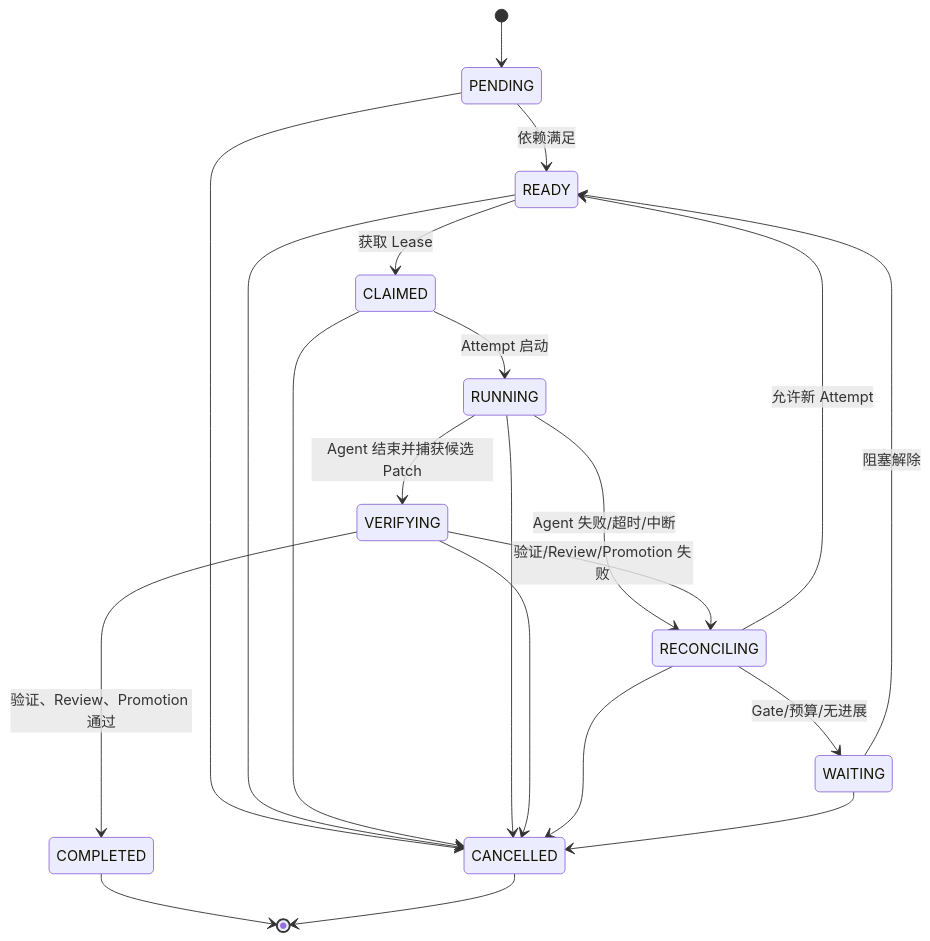
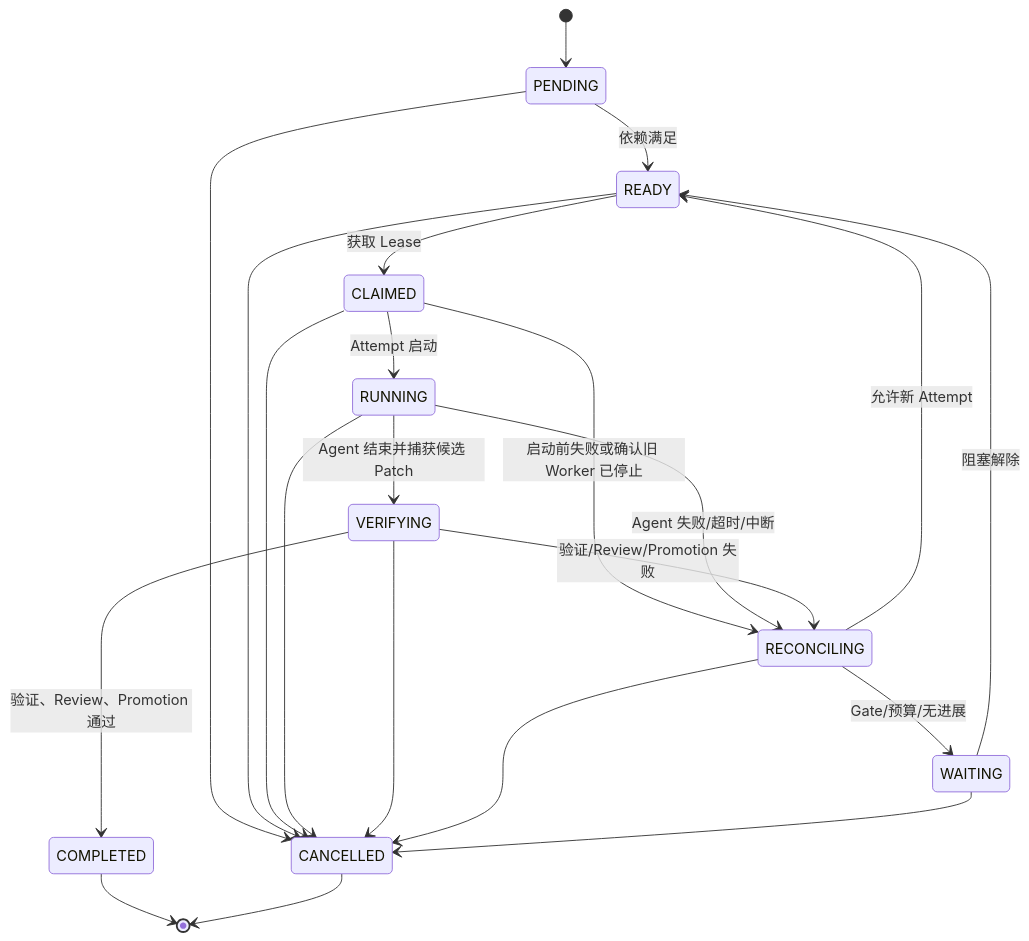
The third of 3 diagrams in xgoal-technical-spec-v0.1.md (monshunter/xgoal), drawn with Mermaid before and after one commit. The commit also changed other lines of this file and 44 other files, not shown here.

````diff
--- a/xgoal-technical-spec-v0.1.md
+++ b/xgoal-technical-spec-v0.1.md
@@ -462,23 +463,24 @@
 ```mermaid
 stateDiagram-v2
     [*] --> PENDING
     PENDING --> READY: 依赖满足
     READY --> CLAIMED: 获取 Lease
     CLAIMED --> RUNNING: Attempt 启动
+    CLAIMED --> RECONCILING: 启动前失败或确认旧 Worker 已停止
     RUNNING --> VERIFYING: Agent 结束并捕获候选 Patch
     RUNNING --> RECONCILING: Agent 失败/超时/中断
     VERIFYING --> COMPLETED: 验证、Review、Promotion 通过
     VERIFYING --> RECONCILING: 验证/Review/Promotion 失败
     RECONCILING --> READY: 允许新 Attempt
     RECONCILING --> WAITING: Gate/预算/无进展
     WAITING --> READY: 阻塞解除
     PENDING --> CANCELLED
     READY --> CANCELLED
     CLAIMED --> CANCELLED
     RUNNING --> CANCELLED
     VERIFYING --> CANCELLED
     RECONCILING --> CANCELLED
     WAITING --> CANCELLED
     COMPLETED --> [*]
     CANCELLED --> [*]
 ```
````
